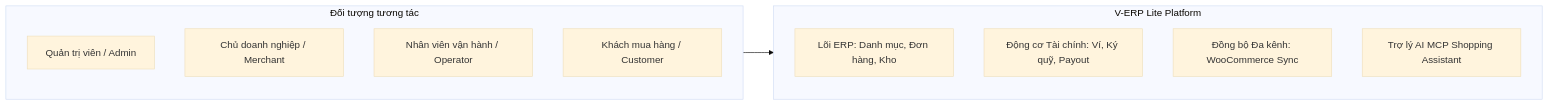
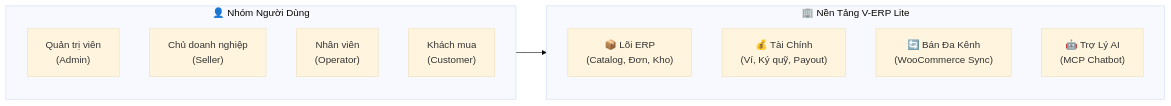
Before and after one commit to nhimtjofc/v-erp-lite: the first of 14 diagrams in docs/ARCHITECTURE_ARC42.md, drawn with Mermaid (base theme). The commit also changed other lines of this file, not shown here.

````diff
--- a/docs/ARCHITECTURE_ARC42.md
+++ b/docs/ARCHITECTURE_ARC42.md
@@ -41,18 +41,18 @@
 ```mermaid
-graph LR
-    subgraph Users ["Đối tượng tương tác"]
-        Admin[Quản trị viên / Admin]
-        Owner[Chủ doanh nghiệp / Merchant]
-        Operator[Nhân viên vận hành / Operator]
-        Buyer[Khách mua hàng / Customer]
+flowchart LR
+    subgraph Users ["👤 Nhóm Người Dùng"]
+        Admin["Quản trị viên<br>(Admin)"]
+        Owner["Chủ doanh nghiệp<br>(Seller)"]
+        Operator["Nhân viên<br>(Operator)"]
+        Buyer["Khách mua<br>(Customer)"]
     end
 
-    subgraph System ["V-ERP Lite Platform"]
-        CoreERP[Lõi ERP: Danh mục, Đơn hàng, Kho]
-        FinEngine[Động cơ Tài chính: Ví, Ký quỹ, Payout]
-        OmniSync[Đồng bộ Đa kênh: WooCommerce Sync]
-        AIAssistant[Trợ lý AI MCP Shopping Assistant]
+    subgraph Platform ["🏢 Nền Tảng V-ERP Lite"]
+        CoreERP["📦 Lõi ERP<br>(Catalog, Đơn, Kho)"]
+        FinEngine["💰 Tài Chính<br>(Ví, Ký quỹ, Payout)"]
+        OmniSync["🔄 Bán Đa Kênh<br>(WooCommerce Sync)"]
+        AIAssistant["🤖 Trợ Lý AI<br>(MCP Chatbot)"]
     end
 
-    Users --> System
+    Users --> Platform
 ```
````
